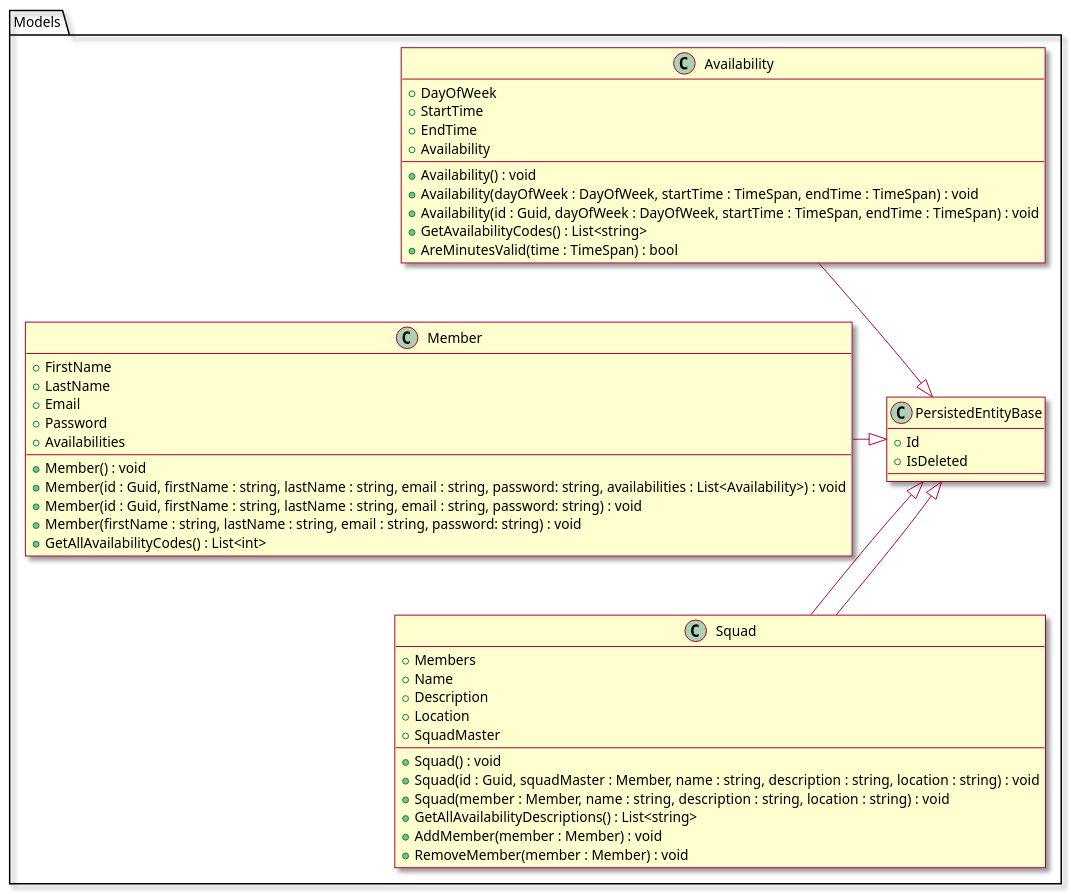
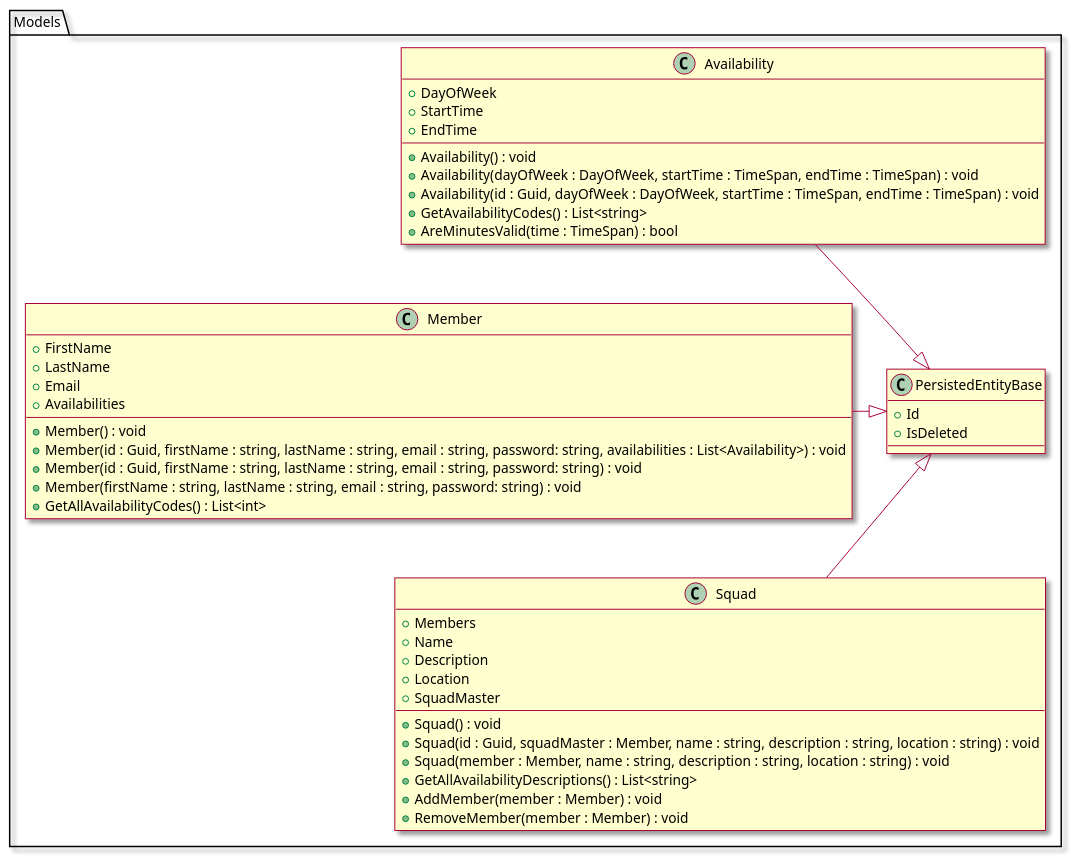
The diagram in plantuml/ClassDiagrams/ModelClassDiagram.plantuml (dhilbmann/ScheduSquad), drawn with PlantUML before and after one commit. The commit also changed 4 other files, not shown here.

Commit message:
Updates diagrams for final paper

```diff
--- a/plantuml/ClassDiagrams/ModelClassDiagram.plantuml
+++ b/plantuml/ClassDiagrams/ModelClassDiagram.plantuml
@@ -1,56 +1,54 @@
 @startuml ModelClassDiagram
 
 skin rose
 
 class Models.PersistedEntityBase {
     +Id
     +IsDeleted
 }
 
 class Models.Member {
     +FirstName
     +LastName
     +Email
-    +Password
     +Availabilities
 
     +Member() : void
     +Member(id : Guid, firstName : string, lastName : string, email : string, password: string, availabilities : List<Availability>) : void
     +Member(id : Guid, firstName : string, lastName : string, email : string, password: string) : void
     +Member(firstName : string, lastName : string, email : string, password: string) : void
     +GetAllAvailabilityCodes() : List<int>
 }
 top to bottom direction
 class Models.Availability {
     +DayOfWeek
     +StartTime
     +EndTime
-    +Availability
-
+    
     +Availability() : void
     +Availability(dayOfWeek : DayOfWeek, startTime : TimeSpan, endTime : TimeSpan) : void
     +Availability(id : Guid, dayOfWeek : DayOfWeek, startTime : TimeSpan, endTime : TimeSpan) : void
     +GetAvailabilityCodes() : List<string>
     +AreMinutesValid(time : TimeSpan) : bool
 }
-Models.PersistedEntityBase <|-- Models.Squad
+
 class Models.Squad {
     +Members
     +Name
     +Description
     +Location
     +SquadMaster
 
     +Squad() : void
     +Squad(id : Guid, squadMaster : Member, name : string, description : string, location : string) : void
     +Squad(member : Member, name : string, description : string, location : string) : void
     +GetAllAvailabilityDescriptions() : List<string>
     +AddMember(member : Member) : void
     +RemoveMember(member : Member) : void
 }
 
 Models.PersistedEntityBase <|-up- Models.Availability
 Models.PersistedEntityBase <|-- Models.Squad
 Models.PersistedEntityBase <|-left- Models.Member
 
 @enduml
```
